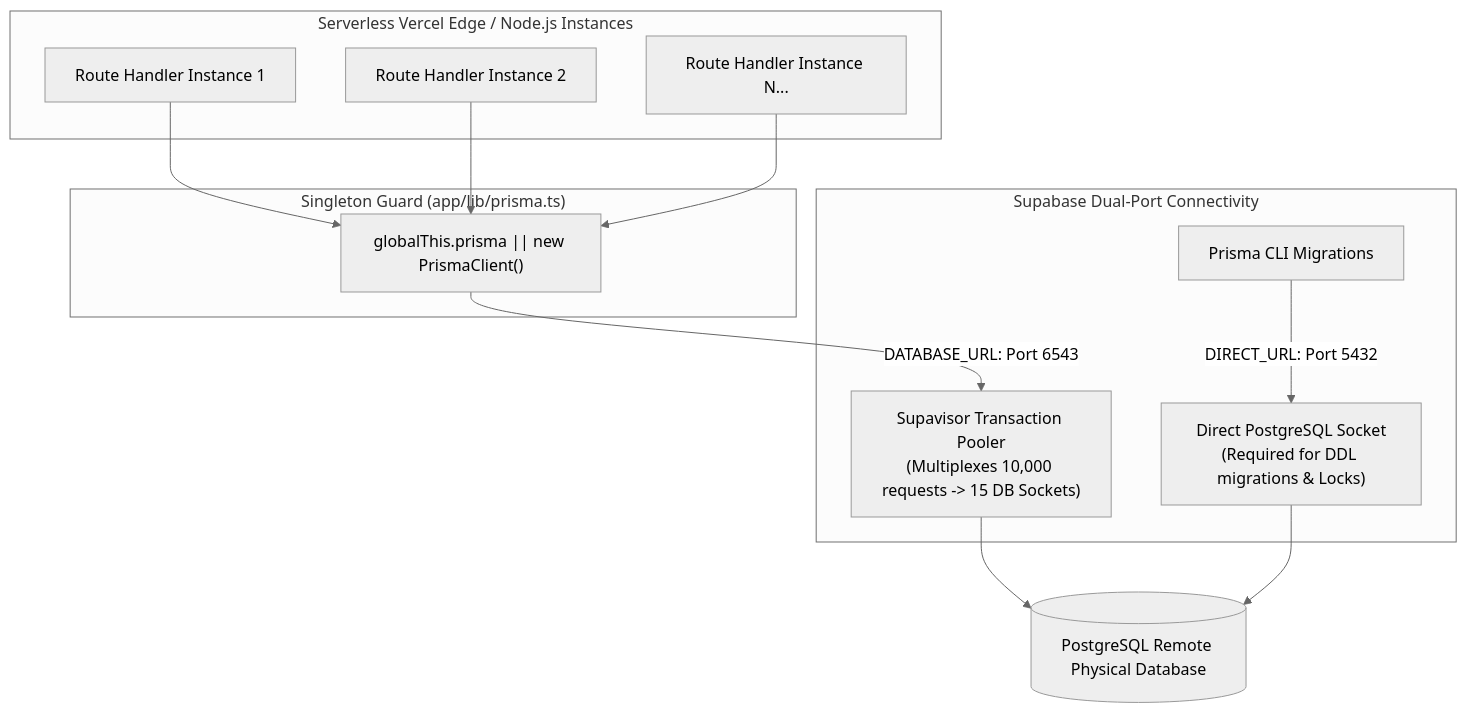
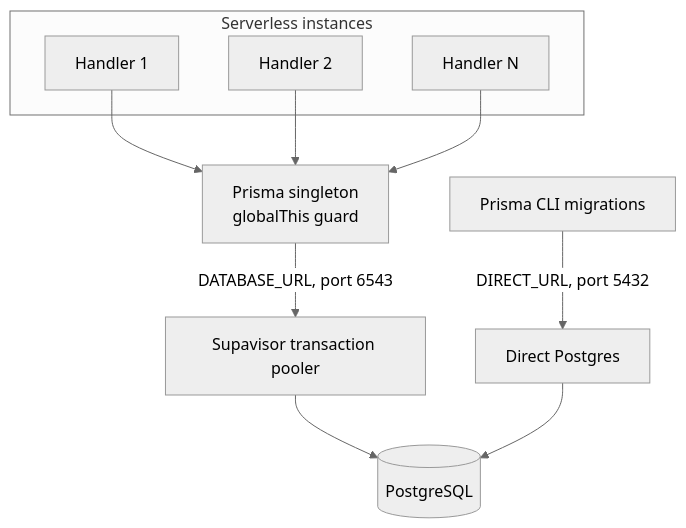
One commit to DevSars24/codeify changed diagram 13 of 19 in README.md. Above: the diagram before and after it, drawn with Mermaid (neutral theme). The commit also changed other lines of this file, not shown here.

````diff
--- a/README.md
+++ b/README.md
@@ -555,22 +478,18 @@
 ```mermaid
 flowchart TD
-    subgraph NextJS_Functions ["Serverless Vercel Edge / Node.js Instances"]
-        F1["Route Handler Instance 1"]
-        F2["Route Handler Instance 2"]
-        FN["Route Handler Instance N..."]
+    subgraph FN["Serverless instances"]
+        F1["Handler 1"]
+        F2["Handler 2"]
+        FN1["Handler N"]
     end
 
-    subgraph Global_Prisma_Singleton ["Singleton Guard (app/lib/prisma.ts)"]
-        F1 --> PrismaSingleton["globalThis.prisma || new PrismaClient()"]
-        F2 --> PrismaSingleton
-        FN --> PrismaSingleton
-    end
+    F1 --> Single["Prisma singleton<br/>globalThis guard"]
+    F2 --> Single
+    FN1 --> Single
 
-    subgraph Connection_Modes ["Supabase Dual-Port Connectivity"]
-        PrismaSingleton -->|DATABASE_URL: Port 6543| SupavisorPooler["Supavisor Transaction Pooler\n(Multiplexes 10,000 requests -> 15 DB Sockets)"]
-        CLI["Prisma CLI Migrations"] -->|DIRECT_URL: Port 5432| DirectPostgres["Direct PostgreSQL Socket\n(Required for DDL migrations & Locks)"]
-    end
+    Single -->|"DATABASE_URL, port 6543"| Pooler["Supavisor transaction pooler"]
+    CLI["Prisma CLI migrations"] -->|"DIRECT_URL, port 5432"| Direct["Direct Postgres"]
 
-    SupavisorPooler --> PhysicalDB[("PostgreSQL Remote Physical Database")]
-    DirectPostgres --> PhysicalDB
+    Pooler --> PG[("PostgreSQL")]
+    Direct --> PG
 ```
````
